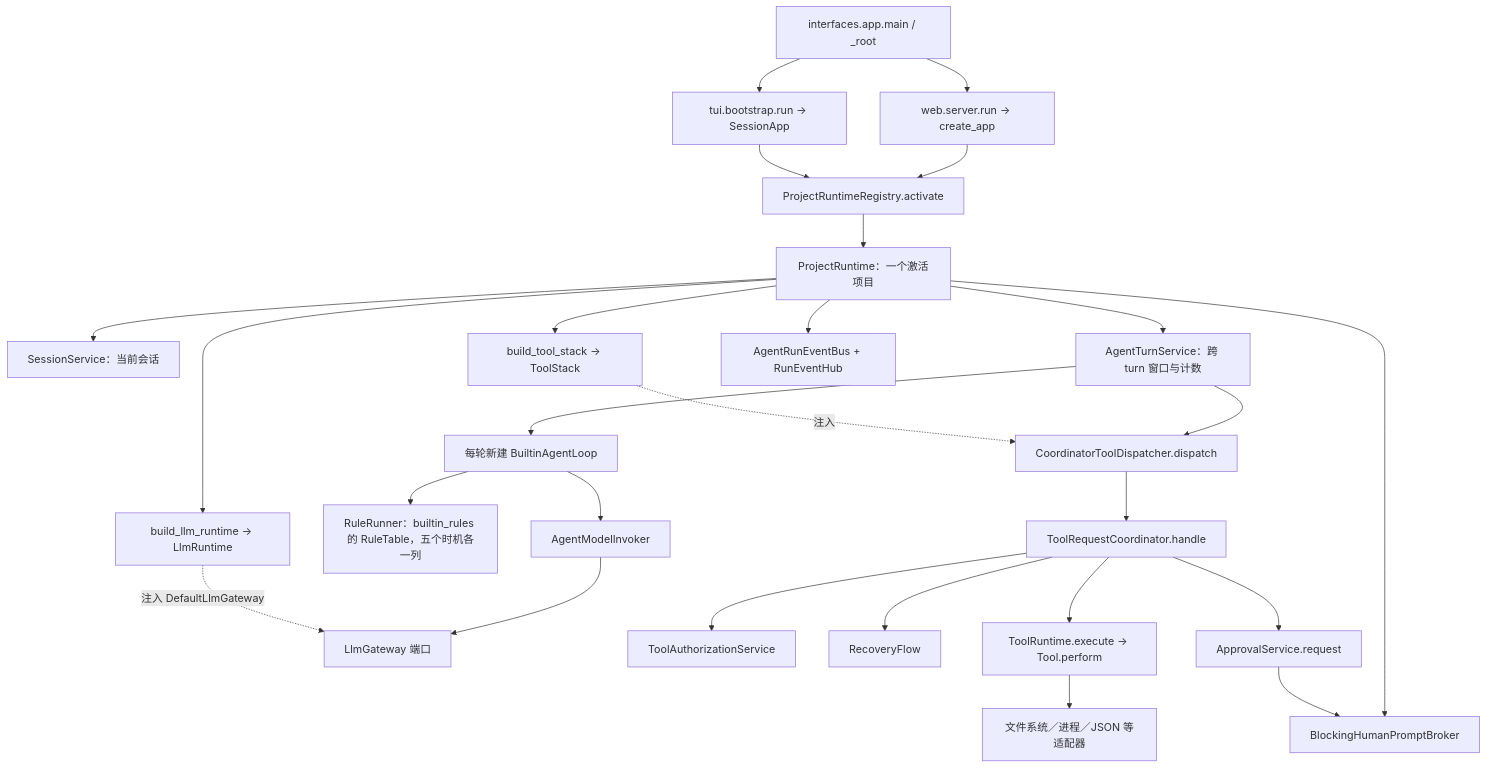
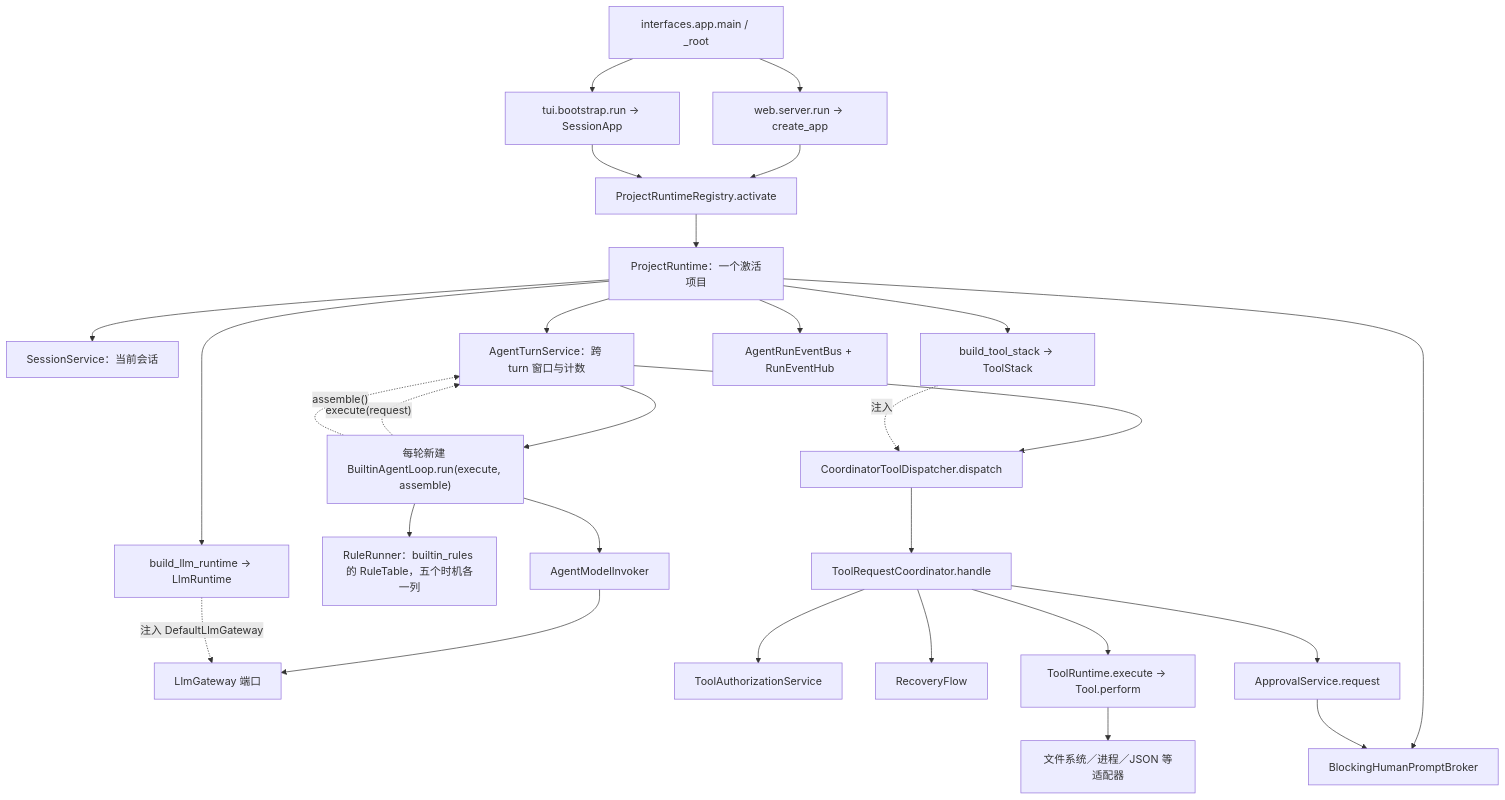
The first of 54 diagrams in docs/06-代码阅读线路.md (qubaolai/ForgeCLI), drawn with Mermaid before and after one commit. The commit also changed other lines of this file and 59 other files, not shown here.

````diff
--- a/docs/06-代码阅读线路.md
+++ b/docs/06-代码阅读线路.md
@@ -77,28 +81,30 @@
 ```mermaid
 flowchart TD
     Entry["interfaces.app.main / _root"] --> Web["web.server.run → create_app"]
     Entry --> Tui["tui.bootstrap.run → SessionApp"]
     Web --> Registry["ProjectRuntimeRegistry.activate"]
     Tui --> Registry
     Registry --> Runtime["ProjectRuntime：一个激活项目"]
     Runtime --> Session["SessionService：当前会话"]
     Runtime --> Turn["AgentTurnService：跨 turn 窗口与计数"]
     Runtime --> Stack["build_tool_stack → ToolStack"]
     Runtime --> Llm["build_llm_runtime → LlmRuntime"]
     Runtime --> Bus["AgentRunEventBus + RunEventHub"]
     Runtime --> Prompt["BlockingHumanPromptBroker"]
-    Turn --> Loop["每轮新建 BuiltinAgentLoop"]
+    Turn --> Loop["每轮新建 BuiltinAgentLoop.run(execute, assemble)"]
     Loop --> Rules["RuleRunner：builtin_rules 的 RuleTable，五个时机各一列"]
     Loop --> Invoker["AgentModelInvoker"]
     Invoker --> Gateway["LlmGateway 端口"]
     Llm -. "注入 DefaultLlmGateway" .-> Gateway
+    Loop -. "execute(request)" .-> Turn
+    Loop -. "assemble()" .-> Turn
     Turn --> Dispatcher["CoordinatorToolDispatcher.dispatch"]
     Stack -. "注入" .-> Dispatcher
     Dispatcher --> Coordinator["ToolRequestCoordinator.handle"]
     Coordinator --> Auth["ToolAuthorizationService"]
     Coordinator --> Recovery["RecoveryFlow"]
     Coordinator --> Tools["ToolRuntime.execute → Tool.perform"]
     Coordinator --> Approval["ApprovalService.request"]
     Approval --> Prompt
     Tools --> Adapters["文件系统／进程／JSON 等适配器"]
 ```
````
